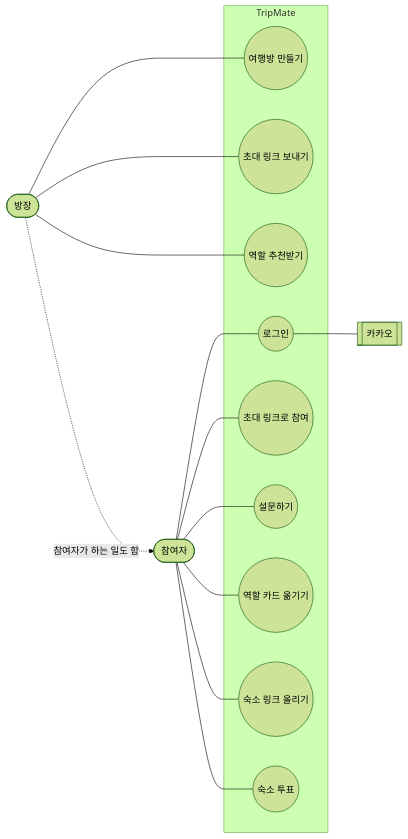
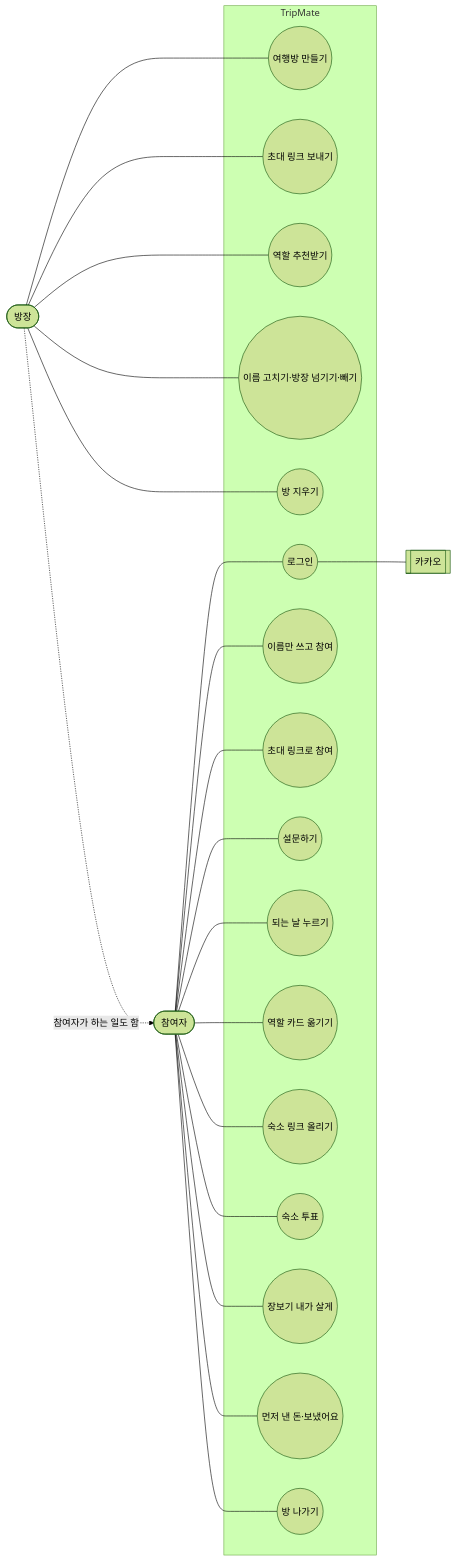
The first of 4 diagrams in docs/06-UML.md (jihun-moon/bootcamp-2nd-project), drawn with Mermaid (forest theme) before and after one commit. The commit also changed other lines of this file and 190 other files, not shown here.

````diff
--- a/docs/06-UML.md
+++ b/docs/06-UML.md
@@ -10,30 +10,44 @@
 ```mermaid
 flowchart LR
     host([방장])
     member([참여자])
     kakao[[카카오]]
 
     subgraph TripMate
         login((로그인))
+        guest((이름만 쓰고 참여))
         create((여행방 만들기))
         invite((초대 링크 보내기))
         join((초대 링크로 참여))
         survey((설문하기))
+        dates((되는 날 누르기))
         recommend((역할 추천받기))
         move((역할 카드 옮기기))
         addStay((숙소 링크 올리기))
         vote((숙소 투표))
+        shop((장보기 내가 살게))
+        settle((먼저 낸 돈·보냈어요))
+        leave((방 나가기))
+        manage((이름 고치기·방장 넘기기·빼기))
+        delete((방 지우기))
     end
 
     member --- login
+    member --- guest
     member --- join
     member --- survey
+    member --- dates
     member --- move
     member --- addStay
     member --- vote
+    member --- shop
+    member --- settle
+    member --- leave
     host --- create
     host --- invite
     host --- recommend
+    host --- manage
+    host --- delete
     host -. 참여자가 하는 일도 함 .-> member
     login --- kakao
 ```
````
